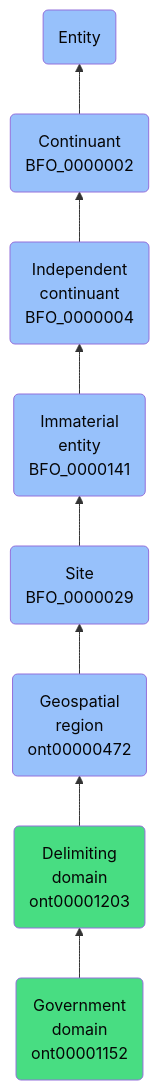
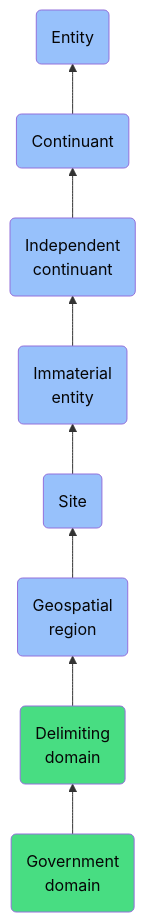
One commit to jupyter-naas/abi changed the diagram in docs/ontology/reference/model/Entity/Continuant/Independent continuant/Immaterial entity/Site/Geospatial region/Delimiting domain/Government domain/Government domain.md. Above: the diagram before and after it, drawn with Mermaid. The commit also changed other lines of this file and 1430 other files, not shown here.

````diff
--- a/docs/ontology/reference/model/Entity/Continuant/Independent continuant/Immaterial entity/Site/Geospatial region/Delimiting domain/Government domain/Government domain.md
+++ b/docs/ontology/reference/model/Entity/Continuant/Independent continuant/Immaterial entity/Site/Geospatial region/Delimiting domain/Government domain/Government domain.md
@@ -24,15 +24,15 @@
 ```mermaid
 graph BT
-    ont00001152(Government<br>domain<br>ont00001152):::ABI-->ont00001203
-    ont00001203(Delimiting<br>domain<br>ont00001203):::ABI-->ont00000472
-    ont00000472(Geospatial<br>region<br>ont00000472):::BFO-->BFO_0000029
-    BFO_0000029(Site<br>BFO_0000029):::BFO-->BFO_0000141
-    BFO_0000141(Immaterial<br>entity<br>BFO_0000141):::BFO-->BFO_0000004
-    BFO_0000004(Independent<br>continuant<br>BFO_0000004):::BFO-->BFO_0000002
-    BFO_0000002(Continuant<br>BFO_0000002):::BFO-->BFO_0000001
+    ont00001152(Government<br>domain):::ABI-->ont00001203
+    ont00001203(Delimiting<br>domain):::ABI-->ont00000472
+    ont00000472(Geospatial<br>region):::BFO-->BFO_0000029
+    BFO_0000029(Site):::BFO-->BFO_0000141
+    BFO_0000141(Immaterial<br>entity):::BFO-->BFO_0000004
+    BFO_0000004(Independent<br>continuant):::BFO-->BFO_0000002
+    BFO_0000002(Continuant):::BFO-->BFO_0000001
     BFO_0000001(Entity):::BFO
     
     classDef BFO fill:#97c1fb,color:#060606
     classDef CCO fill:#e4c51e,color:#060606
     classDef ABI fill:#48DD82,color:#060606
 ```
````
